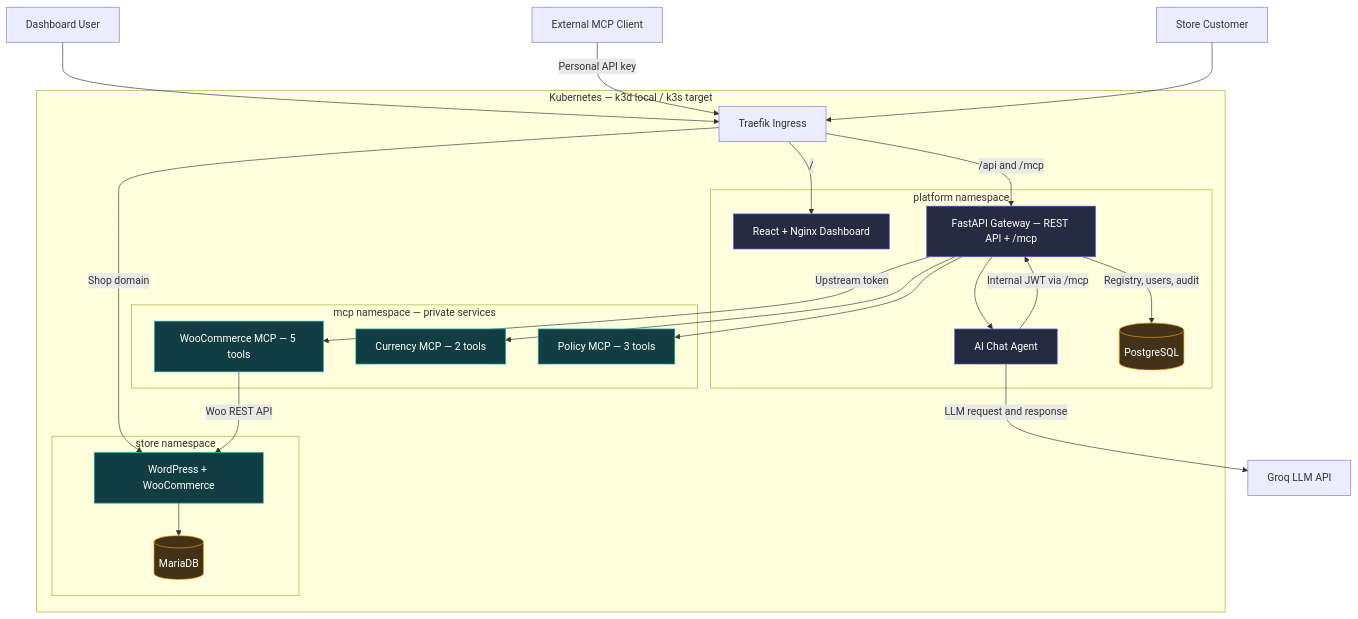
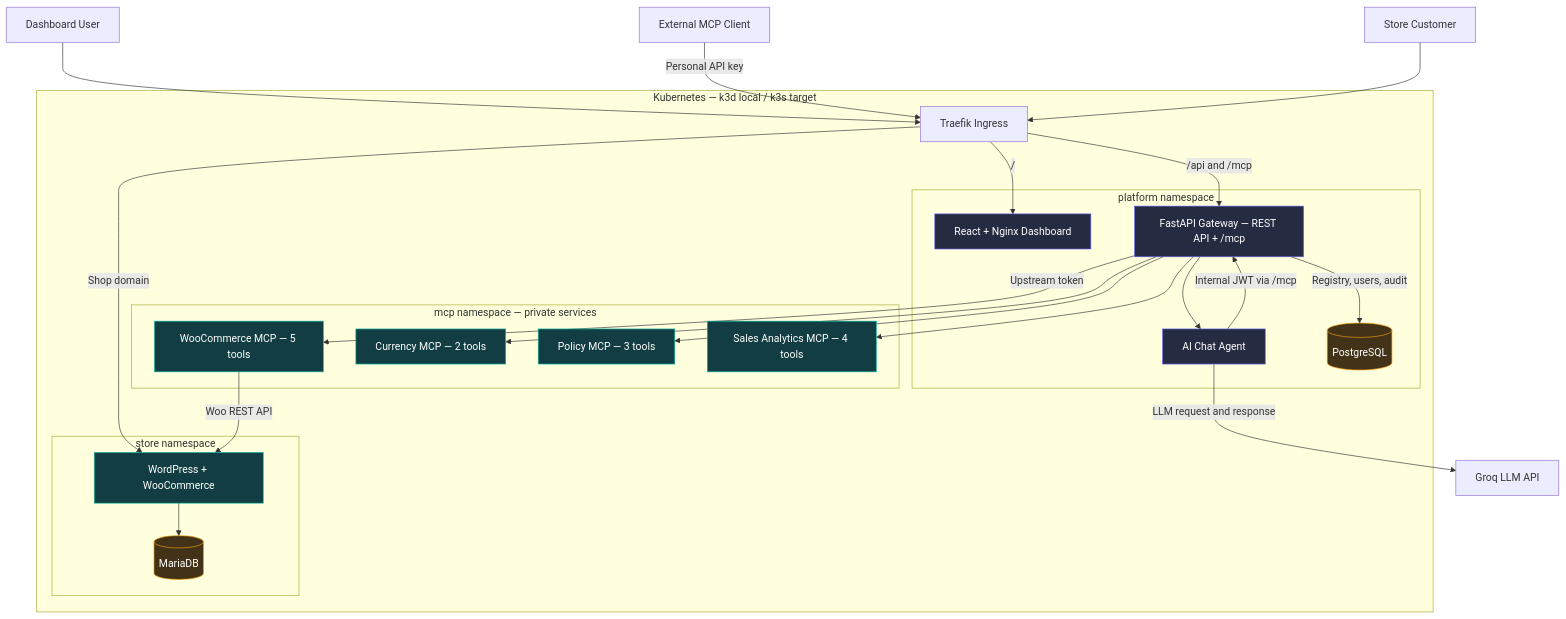
The diagram in README.md (arjun-chouksey/k8s-mcp-gateway), drawn with Mermaid before and after one commit. The commit also changed other lines of this file and 25 other files, not shown here.

Commit message:
Add Sales Analytics as the fourth MCP server

````diff
--- a/README.md
+++ b/README.md
@@ -30,56 +30,58 @@
 ```mermaid
 flowchart TB
    USER["Dashboard User"]
    CLIENT["External MCP Client"]
    SHOPPER["Store Customer"]
    LLM["Groq LLM API"]
 
    subgraph K8S["Kubernetes — k3d local / k3s target"]
        ING["Traefik Ingress"]
 
        subgraph PLATFORM["platform namespace"]
            UI["React + Nginx Dashboard"]
            GW["FastAPI Gateway — REST API + /mcp"]
            AGENT["AI Chat Agent"]
            PG[("PostgreSQL")]
        end
 
        subgraph MCP["mcp namespace — private services"]
            WOO["WooCommerce MCP — 5 tools"]
            CUR["Currency MCP — 2 tools"]
            POL["Policy MCP — 3 tools"]
+           ANA["Sales Analytics MCP — 4 tools"]
        end
 
        subgraph STORE["store namespace"]
            WP["WordPress + WooCommerce"]
            DB[("MariaDB")]
        end
    end
 
    USER --> ING
    CLIENT -->|"Personal API key"| ING
    SHOPPER --> ING
 
    ING -->|"/"| UI
    ING -->|"/api and /mcp"| GW
    ING -->|"Shop domain"| WP
 
    GW --> AGENT
    AGENT -->|"Internal JWT via /mcp"| GW
    AGENT -->|"LLM request and response"| LLM
    GW -->|"Registry, users, audit"| PG
 
    GW -->|"Upstream token"| WOO
    GW --> CUR
    GW --> POL
+   GW --> ANA
    WOO -->|"Woo REST API"| WP
    WP --> DB
 
    classDef application fill:#252b40,stroke:#6366f1,color:#ffffff
    classDef upstream fill:#123e43,stroke:#14b8a6,color:#ffffff
    classDef storage fill:#423318,stroke:#f59e0b,color:#ffffff
 
    class UI,GW,AGENT application
-   class WOO,CUR,POL,WP upstream
+   class WOO,CUR,POL,ANA,WP upstream
    class PG,DB storage
 ```
````
